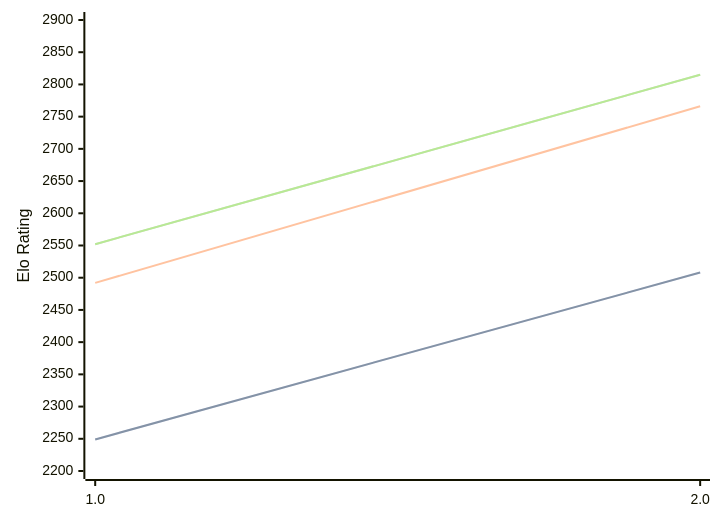
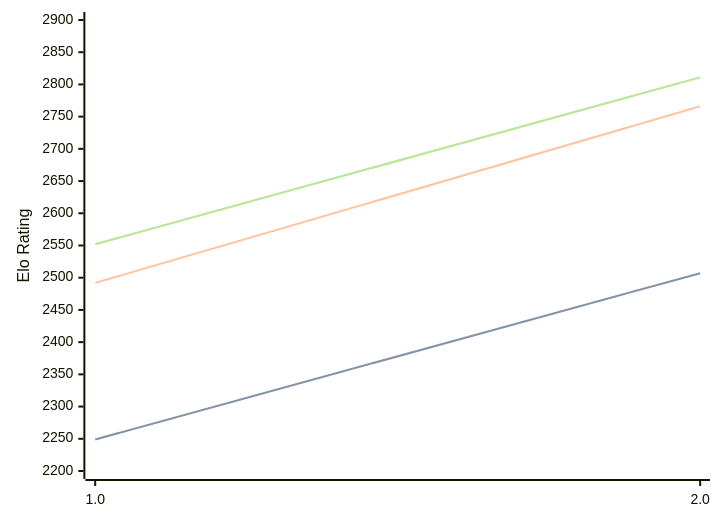
One commit to computer-chess-index/cci changed the first of 3 diagrams in engines/Revolver.md. Above: the diagram before and after it, drawn with Mermaid. The commit also changed other lines of this file, not shown here.

Commit message:
Update CCI Ratings (ELO VLTC) - 2026-06-15

````diff
--- a/engines/Revolver.md
+++ b/engines/Revolver.md
@@ -32,11 +32,11 @@
 ```mermaid
 %%{init: {"theme":"base","themeVariables":{"seriesColors:['#a3a3a3','#222221','#faa371']}}}%%
 xychart-beta
   x-axis ["1.0", "2.0"]
   y-axis "Elo Rating" 2200 --> 2900
-  line "STC (8.0+0.08s)" [2249, 2508]
-  line "STC (8.0+0.08s)" [2249, 2508]
+  line "STC (8.0+0.08s)" [2249, 2507]
+  line "STC (8.0+0.08s)" [2249, 2507]
   line "LTC (60.0+0.60s)" [2492, 2766]
-  line "VLTC (2m24s+1.12s)" [2552, 2815]
-  line "VLTC (2m24s+1.12s)" [2552, 2815]
+  line "VLTC (2m24s+1.12s)" [2552, 2811]
+  line "VLTC (2m24s+1.12s)" [2552, 2811]
 ```
````
